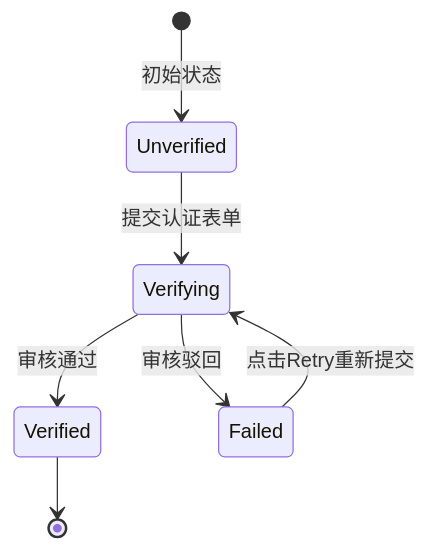
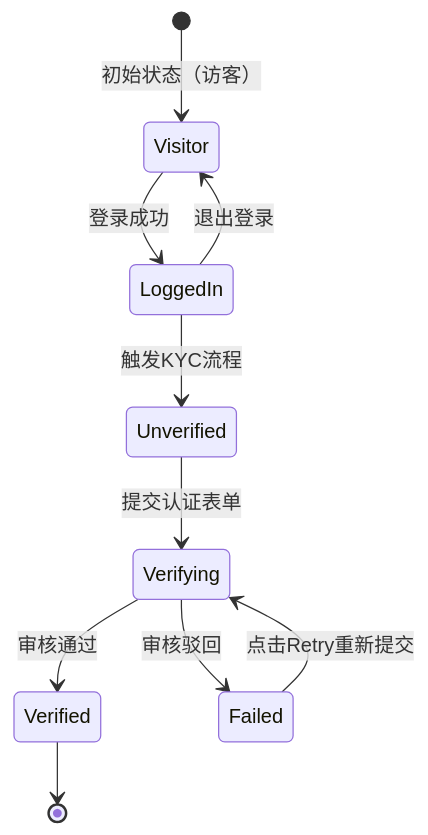
One commit to jiadan-user/jiacangku changed the third of 3 diagrams in bundled/knowledge_base/业务知识图谱/用户业务域/用户业务全景.md. Above: the diagram before and after it, drawn with Mermaid. The commit also changed other lines of this file and 2 other files, not shown here.

````diff
--- a/bundled/knowledge_base/业务知识图谱/用户业务域/用户业务全景.md
+++ b/bundled/knowledge_base/业务知识图谱/用户业务域/用户业务全景.md
@@ -100,9 +196,12 @@
 ```mermaid
 stateDiagram-v2
-    [*] --> Unverified: 初始状态
+    [*] --> Visitor: 初始状态（访客）
+    Visitor --> LoggedIn: 登录成功
+    LoggedIn --> Visitor: 退出登录
+    LoggedIn --> Unverified: 触发KYC流程
     Unverified --> Verifying: 提交认证表单
     Verifying --> Verified: 审核通过
     Verifying --> Failed: 审核驳回
     Failed --> Verifying: 点击Retry重新提交
     Verified --> [*]
 ```
````
